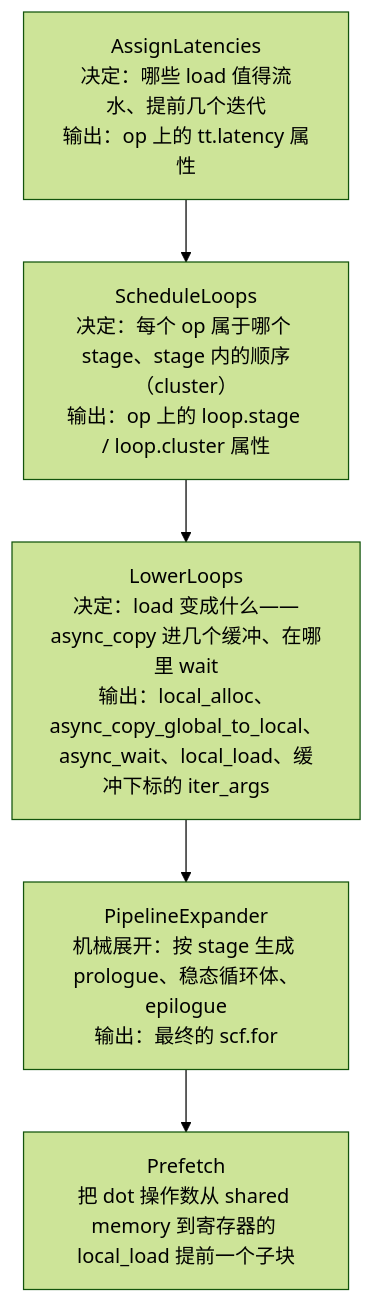
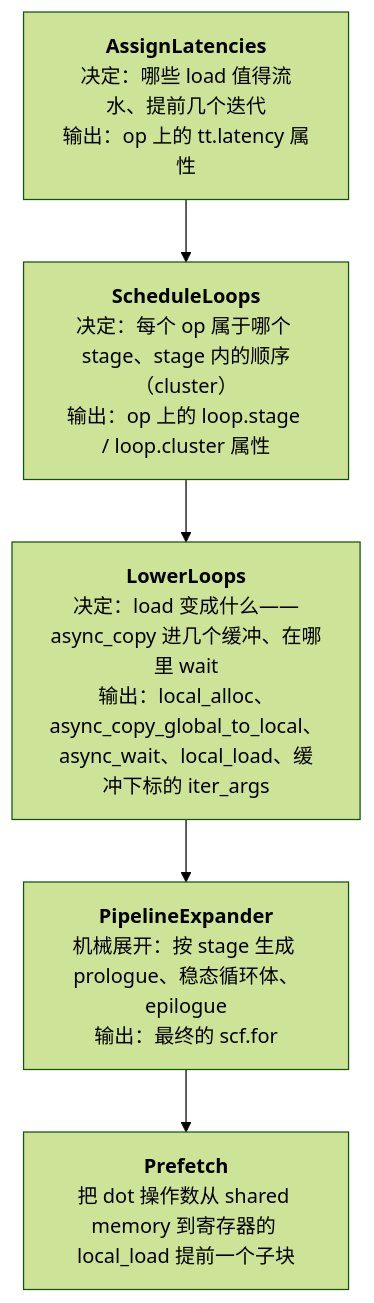
The first of 2 diagrams in _posts/2026-11-30-triton-compiler-software-pipelining-hopper-blackwell-gluon.md (arganzheng/arganzheng.github.com), drawn with Mermaid (forest theme) before and after one commit. The commit also changed 8 other files, not shown here.

First line of the commit message:
ML 编译器内部：从 SSA、MLIR 到 Triton 编译器：Mermaid 多行方框的首行标为标题（9 篇）

````diff
--- a/_posts/2026-11-30-triton-compiler-software-pipelining-hopper-blackwell-gluon.md
+++ b/_posts/2026-11-30-triton-compiler-software-pipelining-hopper-blackwell-gluon.md
@@ -55,10 +55,10 @@
 ```mermaid
 %% 图：软件流水的四个 pass：AssignLatencies 决定哪些 load 值得流水，ScheduleLoops 分 stage，LowerLoops 变成 async_copy 与缓冲，PipelineExpander 机械展开
 flowchart TB
-    L["AssignLatencies<br/>决定：哪些 load 值得流水、提前几个迭代<br/>输出：op 上的 tt.latency 属性"]
-    S["ScheduleLoops<br/>决定：每个 op 属于哪个 stage、stage 内的顺序（cluster）<br/>输出：op 上的 loop.stage / loop.cluster 属性"]
-    LL["LowerLoops<br/>决定：load 变成什么——async_copy 进几个缓冲、在哪里 wait<br/>输出：local_alloc、async_copy_global_to_local、async_wait、local_load、缓冲下标的 iter_args"]
-    E["PipelineExpander<br/>机械展开：按 stage 生成 prologue、稳态循环体、epilogue<br/>输出：最终的 scf.for"]
-    P["Prefetch<br/>把 dot 操作数从 shared memory 到寄存器的 local_load 提前一个子块"]
+    L["<b>AssignLatencies</b><br/>决定：哪些 load 值得流水、提前几个迭代<br/>输出：op 上的 tt.latency 属性"]
+    S["<b>ScheduleLoops</b><br/>决定：每个 op 属于哪个 stage、stage 内的顺序（cluster）<br/>输出：op 上的 loop.stage / loop.cluster 属性"]
+    LL["<b>LowerLoops</b><br/>决定：load 变成什么——async_copy 进几个缓冲、在哪里 wait<br/>输出：local_alloc、async_copy_global_to_local、async_wait、local_load、缓冲下标的 iter_args"]
+    E["<b>PipelineExpander</b><br/>机械展开：按 stage 生成 prologue、稳态循环体、epilogue<br/>输出：最终的 scf.for"]
+    P["<b>Prefetch</b><br/>把 dot 操作数从 shared memory 到寄存器的 local_load 提前一个子块"]
     L --> S --> LL --> E --> P
 ```
````
